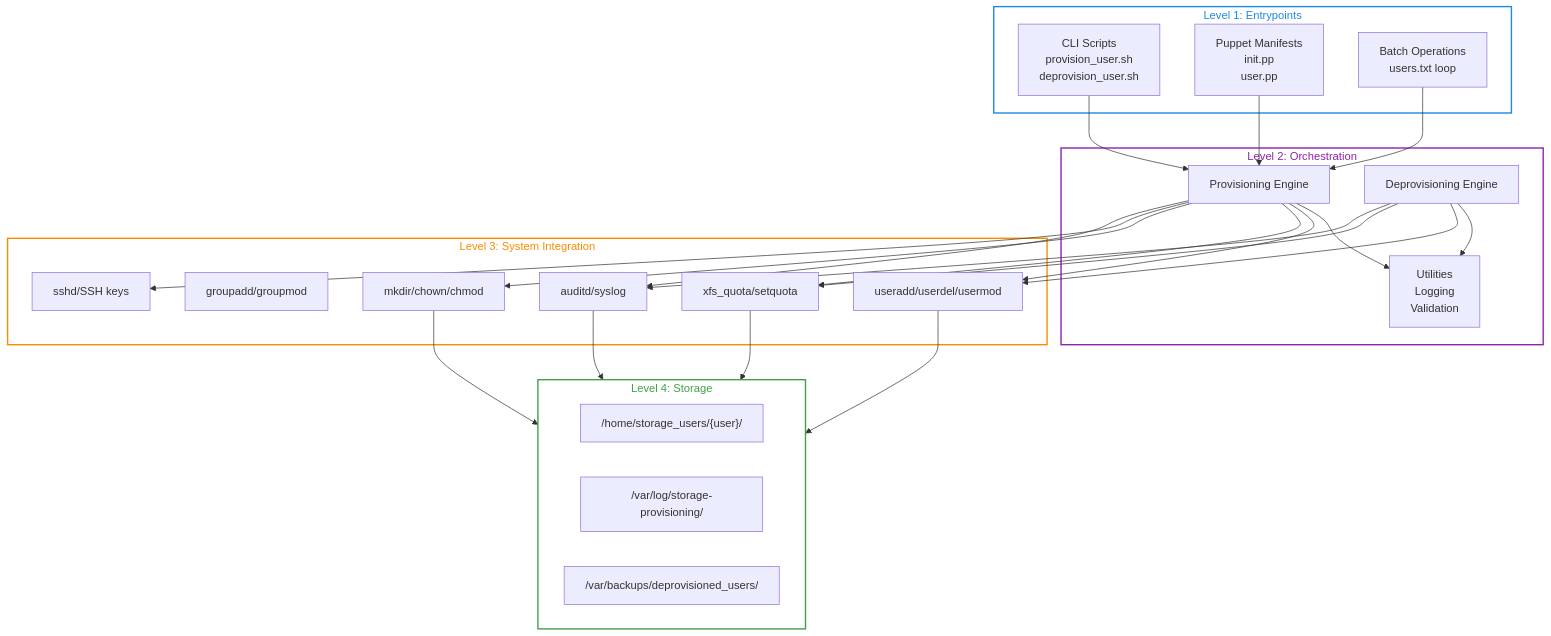
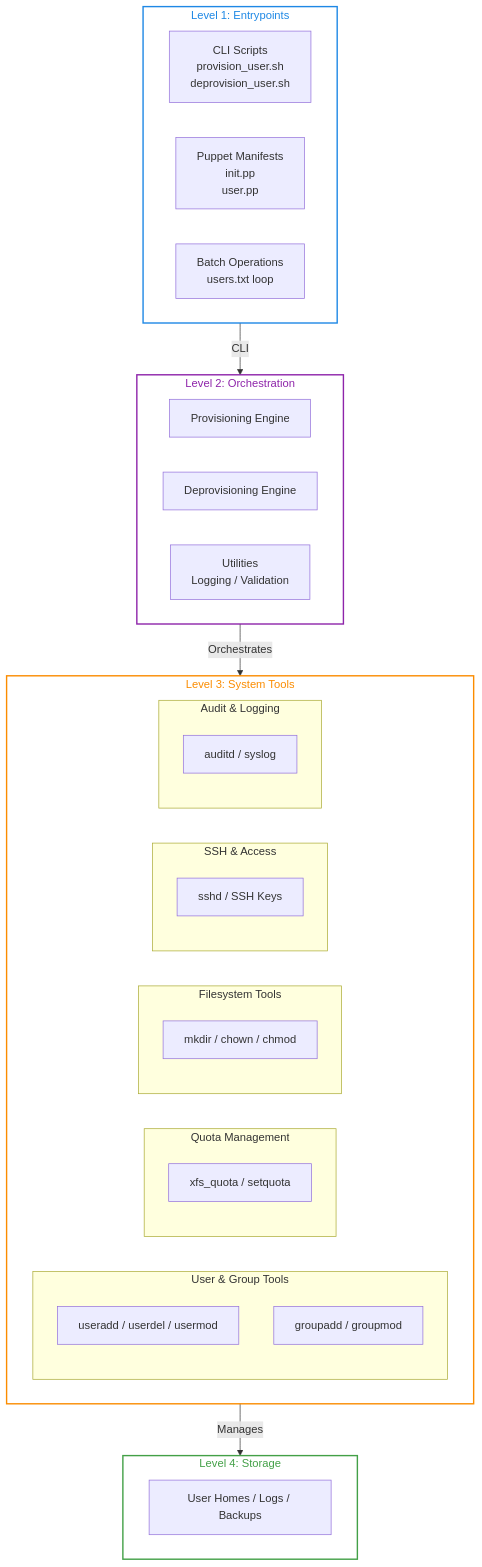
One commit to aaronwittchen/Automated-Storage-Provisioning-Tool changed the second of 7 diagrams in docs/architecture.md. Above: the diagram before and after it, drawn with Mermaid. The commit also changed other lines of this file, not shown here.

Commit message:
improve docs

````diff
--- a/docs/architecture.md
+++ b/docs/architecture.md
@@ -62,56 +62,50 @@
 ```mermaid
 graph TB
     subgraph L1["Level 1: Entrypoints"]
         CLI["CLI Scripts<br/>provision_user.sh<br/>deprovision_user.sh"]
         Puppet_UI["Puppet Manifests<br/>init.pp<br/>user.pp"]
         Batch["Batch Operations<br/>users.txt loop"]
     end
     
     subgraph L2["Level 2: Orchestration"]
         Prov["Provisioning Engine"]
         Deprov["Deprovisioning Engine"]
-        Utils["Utilities<br/>Logging<br/>Validation"]
+        Utils["Utilities<br/>Logging / Validation"]
     end
-    
-    subgraph L3["Level 3: System Integration"]
-        User_Tools["useradd/userdel/usermod"]
-        Group_Tools["groupadd/groupmod"]
-        Quota_Tools["xfs_quota/setquota"]
-        File_Tools["mkdir/chown/chmod"]
-        SSH_Tools["sshd/SSH keys"]
-        Audit_Tools["auditd/syslog"]
+
+    %% Level 3: System Tools
+    subgraph L3["Level 3: System Tools"]
+        subgraph UserMgmt["User & Group Tools"]
+            UserTools["useradd / userdel / usermod"]
+            GroupTools["groupadd / groupmod"]
+        end
+        subgraph Quotas["Quota Management"]
+            QuotaTools["xfs_quota / setquota"]
+        end
+        subgraph FileOps["Filesystem Tools"]
+            FileTools["mkdir / chown / chmod"]
+        end
+        subgraph SSH["SSH & Access"]
+            SSH_Tools["sshd / SSH Keys"]
+        end
+        subgraph Audit["Audit & Logging"]
+            Audit_Tools["auditd / syslog"]
+        end
     end
-    
+
+    %% Level 4: Storage
     subgraph L4["Level 4: Storage"]
-        User_Home["/home/storage_users/{user}/"]
-        System_Logs["/var/log/storage-provisioning/"]
-        Backups["/var/backups/deprovisioned_users/"]
+        Storage["User Homes / Logs / Backups"]
     end
-    
-    CLI --> Prov
-    Puppet_UI --> Prov
-    Batch --> Prov
-    
-    Prov --> Utils
-    Deprov --> Utils
-    
-    Prov --> User_Tools
-    Prov --> Quota_Tools
-    Prov --> File_Tools
-    Prov --> SSH_Tools
-    Prov --> Audit_Tools
-    
-    Deprov --> User_Tools
-    Deprov --> Quota_Tools
-    Deprov --> Audit_Tools
-    
-    User_Tools --> L4
-    Quota_Tools --> L4
-    File_Tools --> L4
-    Audit_Tools --> L4
-    
+
+    %% Connections
+    L1 --> |CLI| L2
+    L2 --> |Orchestrates| L3
+    L3 --> |Manages| L4
+
+    %% Styling for colored borders
     style L1 stroke:#1e88e5,stroke-width:2px,fill:none,color:#1e88e5
     style L2 stroke:#8e24aa,stroke-width:2px,fill:none,color:#8e24aa
     style L3 stroke:#fb8c00,stroke-width:2px,fill:none,color:#fb8c00
     style L4 stroke:#43a047,stroke-width:2px,fill:none,color:#43a047
 ```
````
